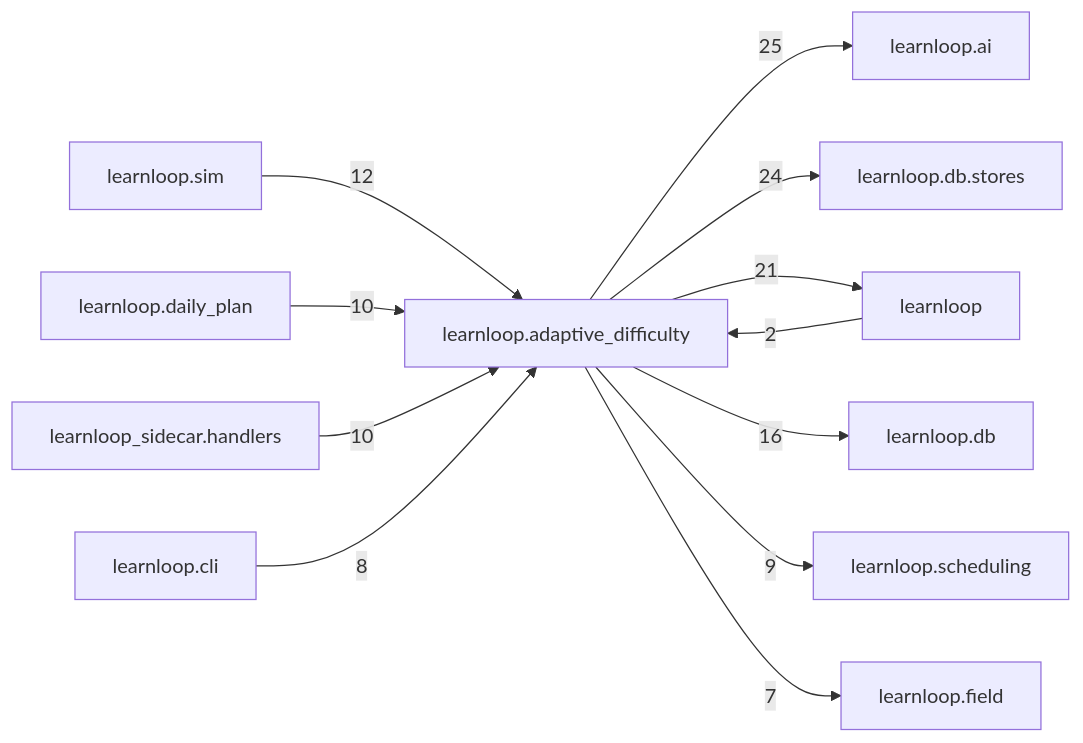
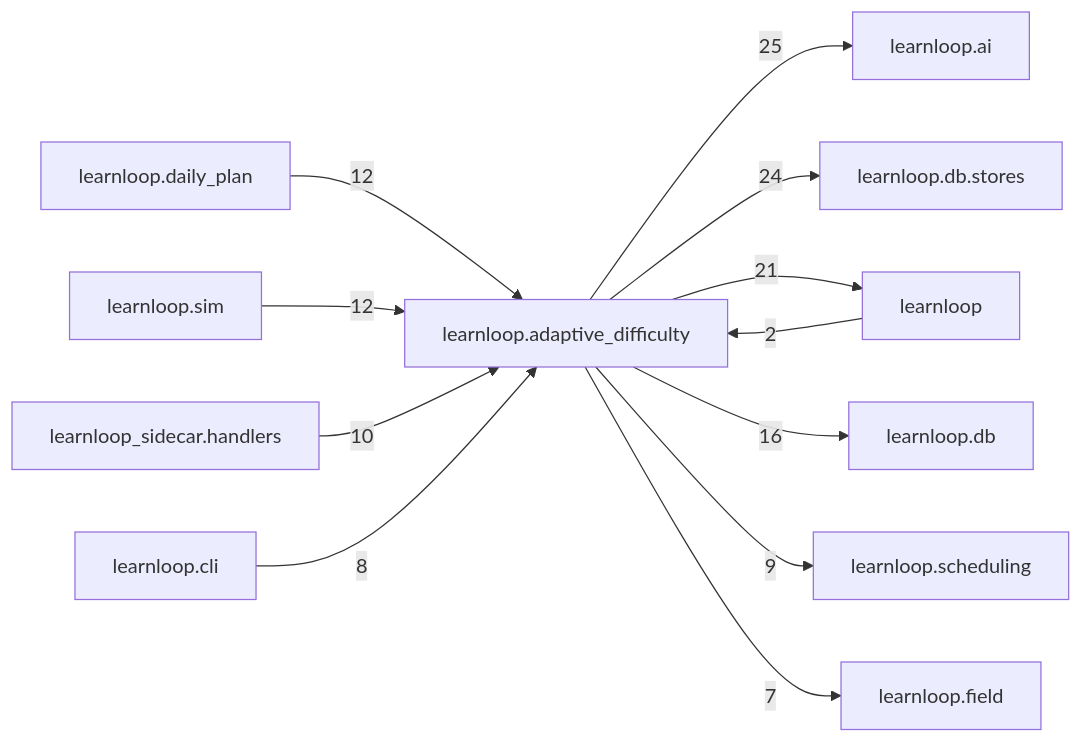
The diagram in docs/learnloop-architecture-vault/Reference/Modules/learnloop/adaptive_difficulty/_package.md (6up-b/learnanything), drawn with Mermaid before and after one commit. The commit also changed other lines of this file and 601 other files, not shown here.

````diff
--- a/docs/learnloop-architecture-vault/Reference/Modules/learnloop/adaptive_difficulty/_package.md
+++ b/docs/learnloop-architecture-vault/Reference/Modules/learnloop/adaptive_difficulty/_package.md
@@ -170,25 +170,25 @@
 ```mermaid
 flowchart LR
     center["learnloop.adaptive_difficulty"]
     n_learnloop_ai["learnloop.ai"]
     n_learnloop_db_stores["learnloop.db.stores"]
     n_learnloop["learnloop"]
     n_learnloop_db["learnloop.db"]
+    n_learnloop_daily_plan["learnloop.daily_plan"]
     n_learnloop_sim["learnloop.sim"]
-    n_learnloop_daily_plan["learnloop.daily_plan"]
     n_learnloop_sidecar_handlers["learnloop_sidecar.handlers"]
     n_learnloop_scheduling["learnloop.scheduling"]
     n_learnloop_cli["learnloop.cli"]
     n_learnloop_field["learnloop.field"]
     center -->|25| n_learnloop_ai
     center -->|24| n_learnloop_db_stores
     n_learnloop -->|2| center
     center -->|21| n_learnloop
     center -->|16| n_learnloop_db
+    n_learnloop_daily_plan -->|12| center
     n_learnloop_sim -->|12| center
-    n_learnloop_daily_plan -->|10| center
     n_learnloop_sidecar_handlers -->|10| center
     center -->|9| n_learnloop_scheduling
     n_learnloop_cli -->|8| center
     center -->|7| n_learnloop_field
 ```
````
